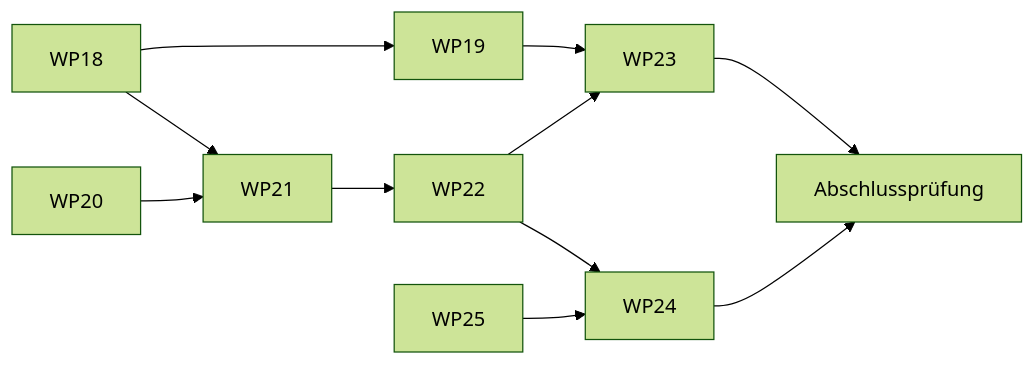
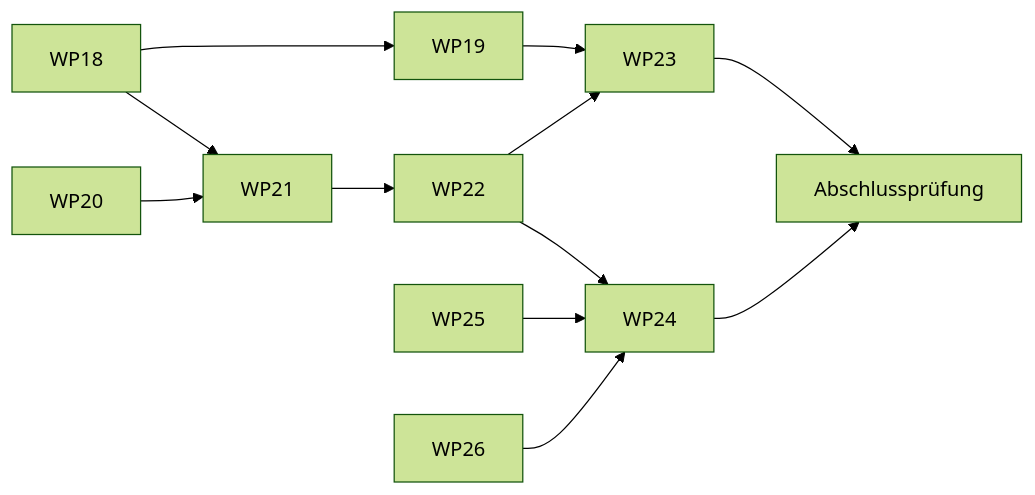
Before and after one commit to brokoskokoli/ramuri: the diagram in work-packages/M2-PLAN.md, drawn with Mermaid (forest theme). The commit also changed other lines of this file and 9 other files, not shown here.

````diff
--- a/work-packages/M2-PLAN.md
+++ b/work-packages/M2-PLAN.md
@@ -15,9 +16,10 @@
 ```mermaid
 flowchart LR
   WP18 --> WP19 & WP21
   WP20 --> WP21
   WP21 --> WP22
   WP19 & WP22 --> WP23
   WP22 & WP25 --> WP24
+  WP26 --> WP24
   WP23 & WP24 --> ABS[Abschlussprüfung]
 ```
````
